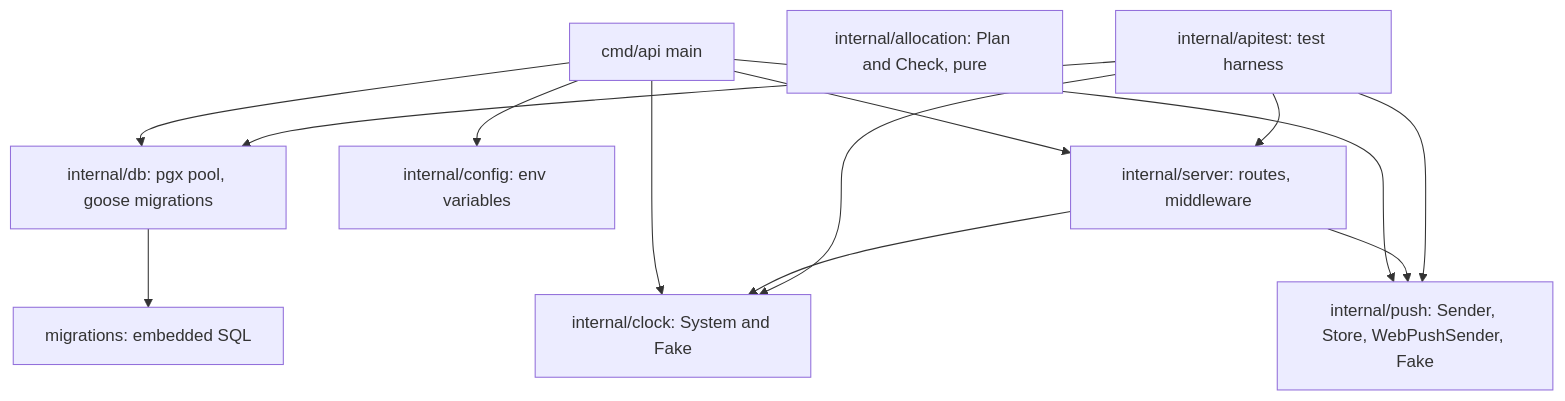
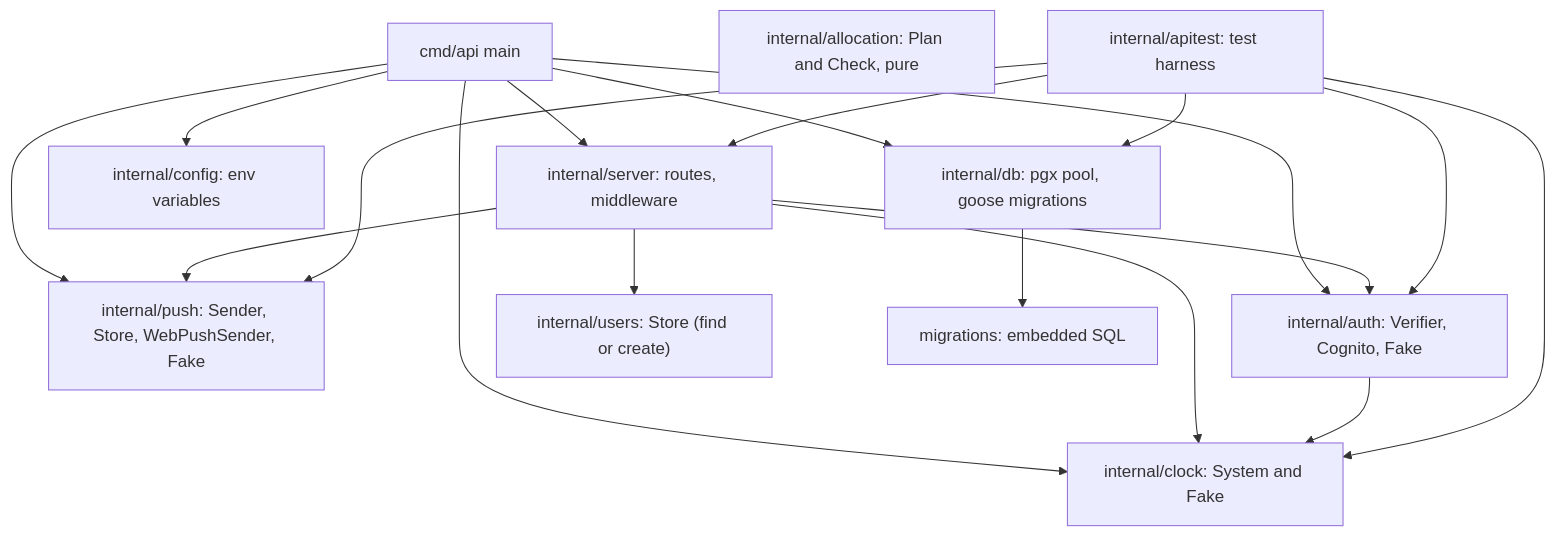
One commit to AbnerWillclefy/Homeowner changed the first of 3 diagrams in docs/architecture/backend.md. Above: the diagram before and after it, drawn with Mermaid. The commit also changed other lines of this file and 3 other files, not shown here.

Commit message:
docs(architecture): describe sign-in, the users table and the auth module

````diff
--- a/docs/architecture/backend.md
+++ b/docs/architecture/backend.md
@@ -16,25 +16,32 @@
 ```mermaid
 flowchart TD
     main["cmd/api main"]
     server["internal/server: routes, middleware"]
     config["internal/config: env variables"]
     db["internal/db: pgx pool, goose migrations"]
     clock["internal/clock: System and Fake"]
     push["internal/push: Sender, Store, WebPushSender, Fake"]
+    auth["internal/auth: Verifier, Cognito, Fake"]
+    users["internal/users: Store (find or create)"]
     mig["migrations: embedded SQL"]
     alloc["internal/allocation: Plan and Check, pure"]
     apitest["internal/apitest: test harness"]
 
     main --> config
     main --> db
     main --> server
     main --> clock
     main --> push
+    main --> auth
     server --> clock
     server --> push
+    server --> auth
+    server --> users
+    auth --> clock
     apitest --> push
+    apitest --> auth
     db --> mig
     apitest --> server
     apitest --> db
     apitest --> clock
 ```
````
